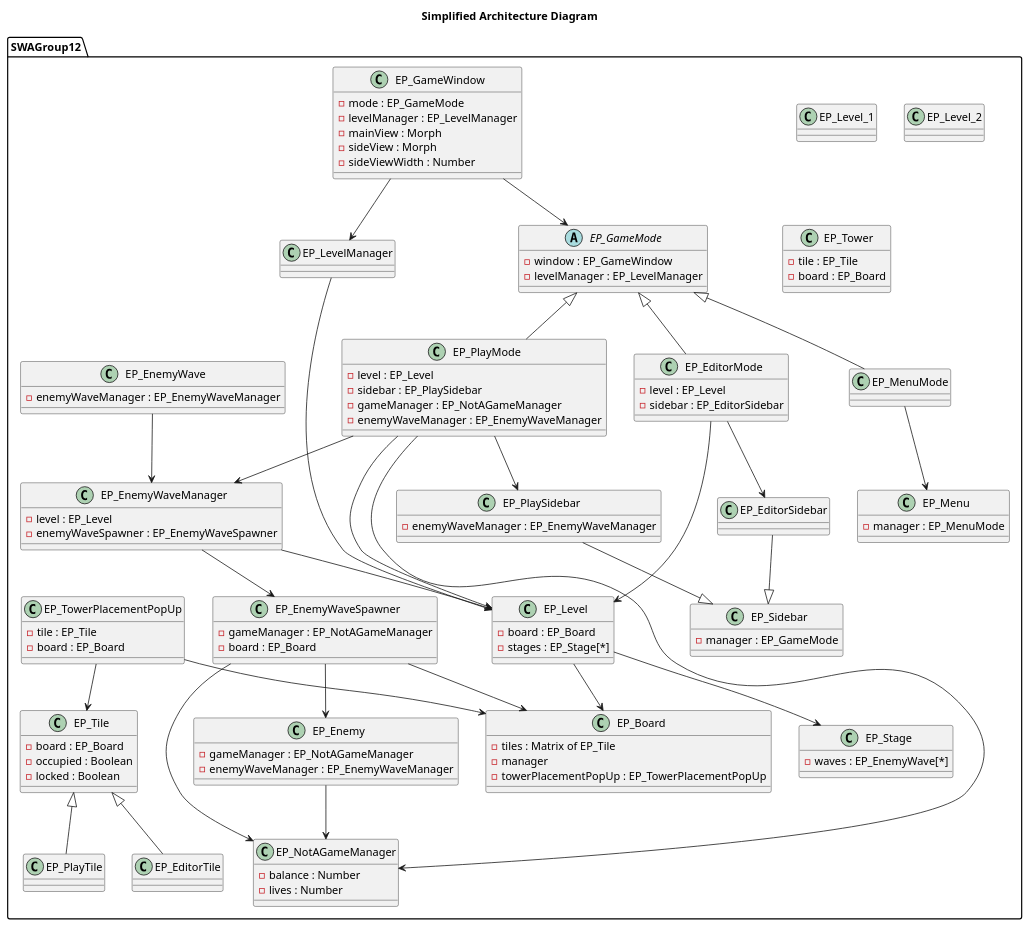
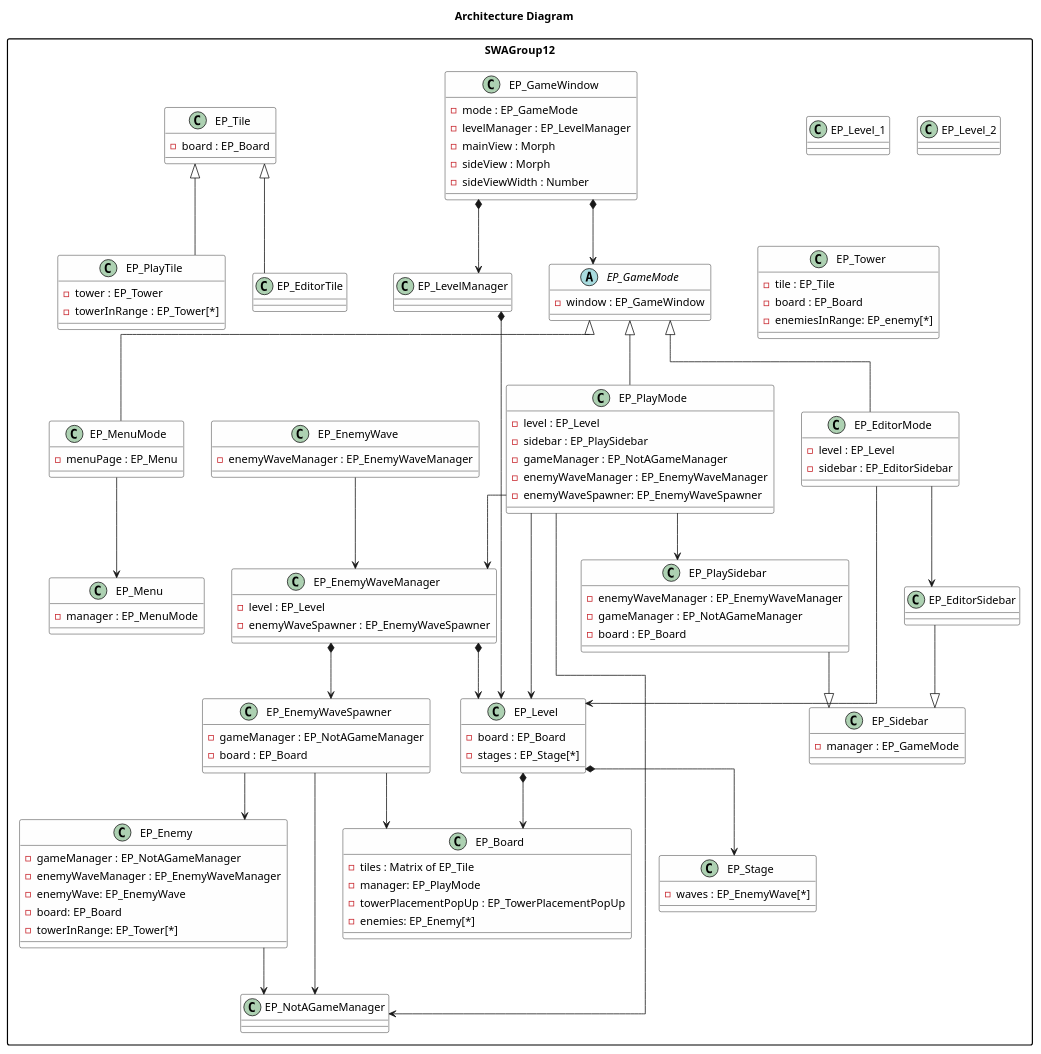
The diagram in diagram.puml (tobiashornbogen/swa_misc), drawn with PlantUML before and after one commit.

Commit message:
update diagram

```diff
--- a/diagram.puml
+++ b/diagram.puml
@@ -1,152 +1,157 @@
 @startuml
 
-title Simplified Architecture Diagram
+title Architecture Diagram
+
+skinparam linetype ortho
+skinparam packageStyle rectangle
+skinparam ClassBackgroundColor #FEFEFE
+skinparam ClassBorderColor #000000
+skinparam Padding 2
 
 package SWAGroup12 {
 
     class EP_GameWindow {
         -mode : EP_GameMode
         -levelManager : EP_LevelManager
         -mainView : Morph
         -sideView : Morph
         -sideViewWidth : Number
     }
 
     abstract class EP_GameMode {
         -window : EP_GameWindow
-        -levelManager : EP_LevelManager
     }
 
     class EP_MenuMode {
+        -menuPage : EP_Menu
     }
 
     class EP_EditorMode {
         -level : EP_Level
         -sidebar : EP_EditorSidebar
     }
 
     class EP_PlayMode {
         -level : EP_Level
         -sidebar : EP_PlaySidebar
         -gameManager : EP_NotAGameManager
         -enemyWaveManager : EP_EnemyWaveManager
+        -enemyWaveSpawner: EP_EnemyWaveSpawner
     }
 
     EP_GameMode <|-- EP_MenuMode
     EP_GameMode <|-- EP_EditorMode
     EP_GameMode <|-- EP_PlayMode
 
-    EP_GameWindow --> EP_GameMode
-    EP_GameWindow --> EP_LevelManager
+    EP_GameWindow *--> EP_GameMode
+    EP_GameWindow *--> EP_LevelManager
 
     class EP_Level {
         -board : EP_Board
         -stages : EP_Stage[*]
     }
 
     class EP_Level_1 {}
     class EP_Level_2 {}
 
-    EP_LevelManager --> EP_Level
+    EP_LevelManager *--> EP_Level
 
     class EP_Board {
         -tiles : Matrix of EP_Tile
-        -manager
+        -manager: EP_PlayMode
         -towerPlacementPopUp : EP_TowerPlacementPopUp
+        -enemies: EP_Enemy[*]
     }
 
     class EP_Tile {
         -board : EP_Board
-        -occupied : Boolean
-        -locked : Boolean
     }
 
     class EP_EditorTile {}
-    class EP_PlayTile {}
+    class EP_PlayTile {
+        -tower : EP_Tower
+        -towerInRange : EP_Tower[*]
+    }
 
     EP_Tile <|-- EP_EditorTile
     EP_Tile <|-- EP_PlayTile
 
-    EP_Level --> EP_Board
-    EP_Level --> EP_Stage
+    EP_Level *--> EP_Board
+    EP_Level *--> EP_Stage
 
     class EP_Stage {
         -waves : EP_EnemyWave[*]
     }
 
     class EP_Enemy {
         -gameManager : EP_NotAGameManager
         -enemyWaveManager : EP_EnemyWaveManager
+        -enemyWave: EP_EnemyWave
+        -board: EP_Board
+        -towerInRange: EP_Tower[*]
     }
 
     class EP_EnemyWave {
         -enemyWaveManager : EP_EnemyWaveManager
     }
 
     class EP_EnemyWaveSpawner {
         -gameManager : EP_NotAGameManager
         -board : EP_Board
     }
 
     class EP_EnemyWaveManager {
         -level : EP_Level
         -enemyWaveSpawner : EP_EnemyWaveSpawner
     }
 
-    EP_EnemyWaveManager --> EP_EnemyWaveSpawner
-    EP_EnemyWaveManager --> EP_Level
+    EP_EnemyWaveManager *--> EP_EnemyWaveSpawner
+    EP_EnemyWaveManager *--> EP_Level
     EP_EnemyWaveSpawner --> EP_Board
     EP_EnemyWaveSpawner --> EP_NotAGameManager
     EP_EnemyWaveSpawner --> EP_Enemy
 
     EP_EnemyWave --> EP_EnemyWaveManager
     EP_Enemy --> EP_NotAGameManager
 
     class EP_Tower {
         -tile : EP_Tile
         -board : EP_Board
+        -enemiesInRange: EP_enemy[*]
     }
-
-    class EP_TowerPlacementPopUp {
-        -tile : EP_Tile
-        -board : EP_Board
-    }
-
-    EP_TowerPlacementPopUp --> EP_Tile
-    EP_TowerPlacementPopUp --> EP_Board
 
     class EP_Sidebar {
         -manager : EP_GameMode
     }
 
     class EP_EditorSidebar {}
     class EP_PlaySidebar {
         -enemyWaveManager : EP_EnemyWaveManager
+        -gameManager : EP_NotAGameManager
+        -board : EP_Board
     }
 
     EP_EditorSidebar --|> EP_Sidebar
     EP_PlaySidebar --|> EP_Sidebar
 
     class EP_Menu {
         -manager : EP_MenuMode
     }
 
     EP_MenuMode --> EP_Menu
 
     class EP_NotAGameManager {
-        -balance : Number
-        -lives : Number
     }
 
     EP_PlayMode --> EP_EnemyWaveManager
     EP_PlayMode --> EP_NotAGameManager
 
     EP_EditorMode --> EP_Level
     EP_EditorMode --> EP_EditorSidebar
 
     EP_PlayMode --> EP_Level
     EP_PlayMode --> EP_PlaySidebar
 
 }
 
 @enduml
```
